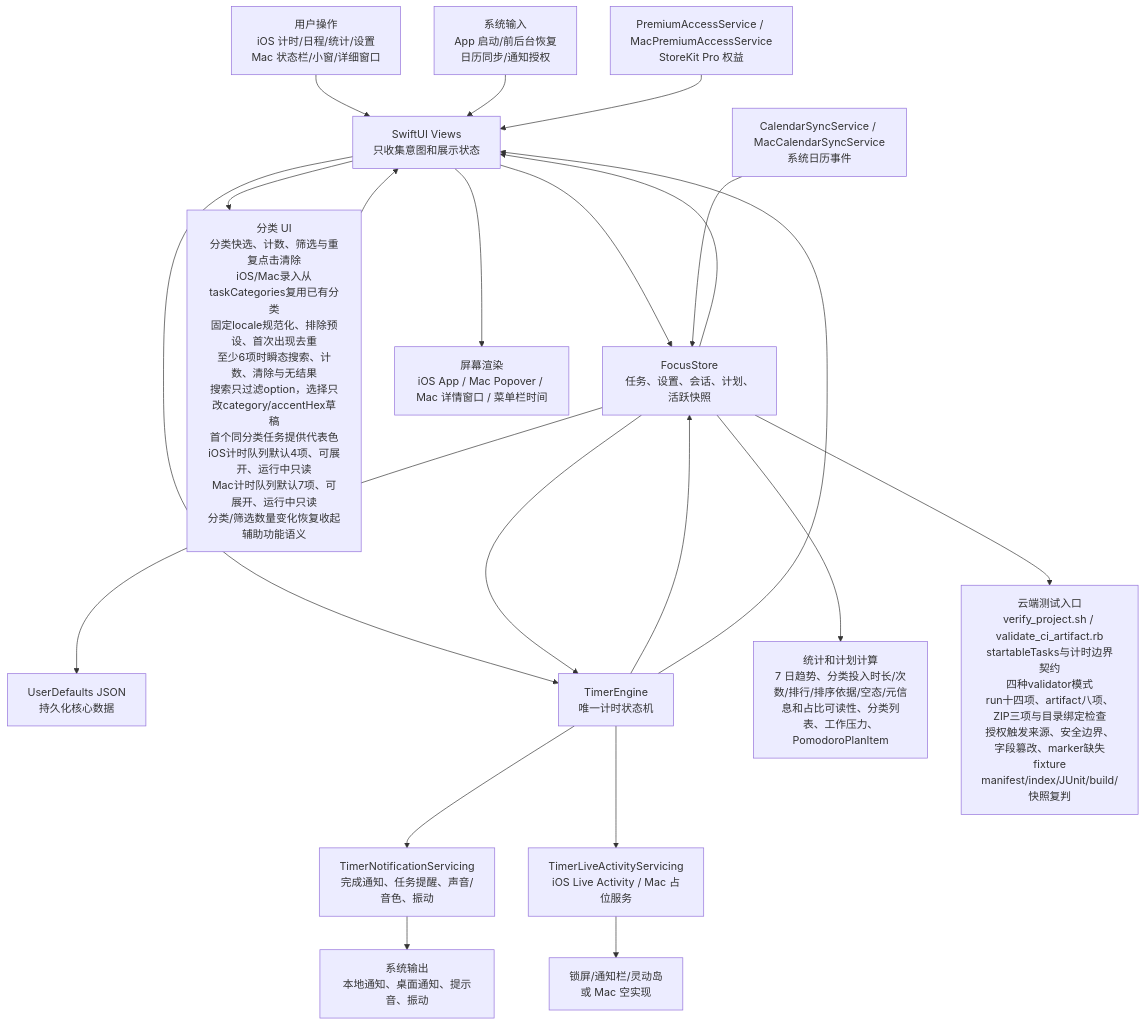
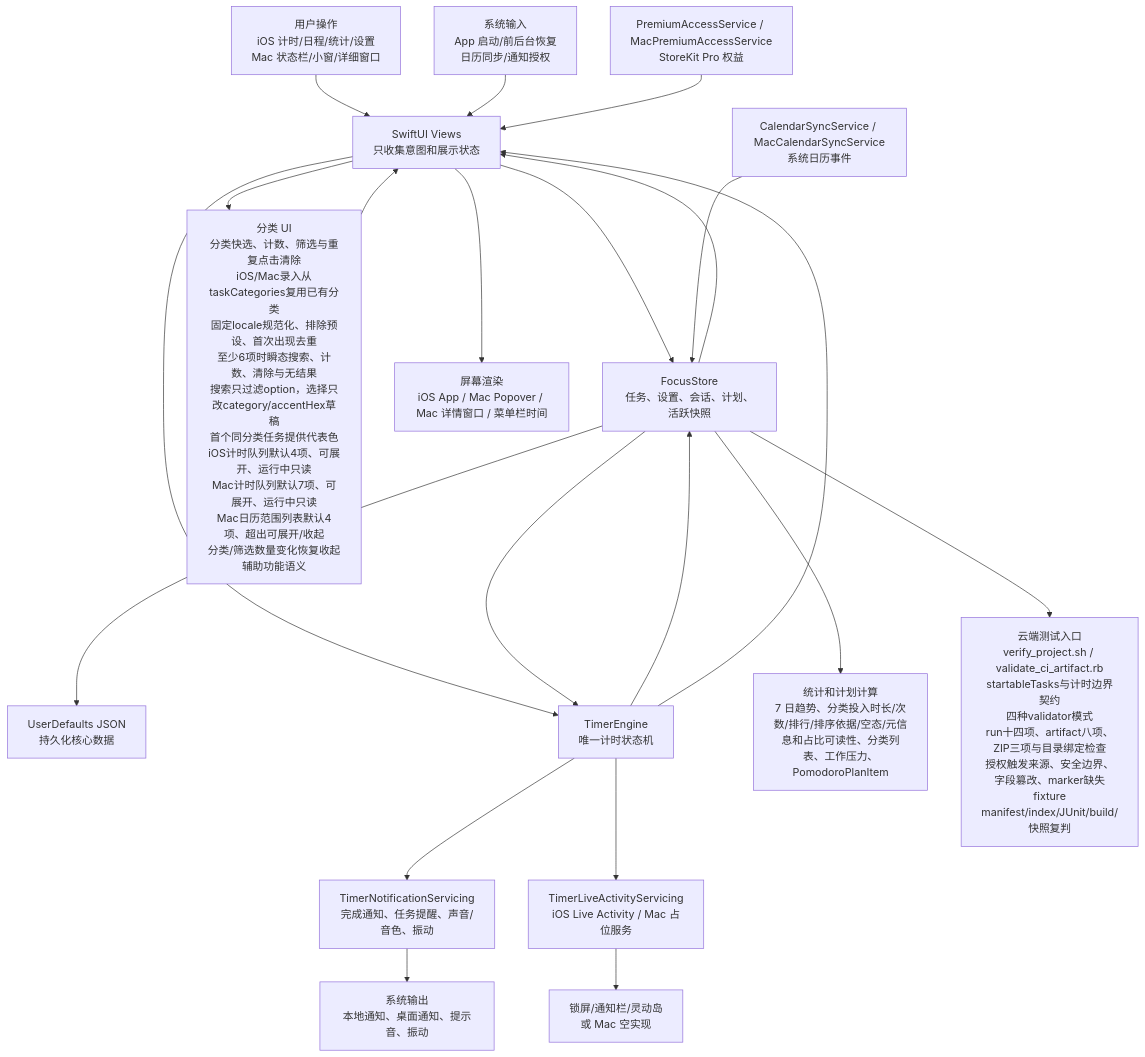
The first of 6 diagrams in md/flow/flowchart.md (Altman-sam114/114), drawn with Mermaid before and after one commit. The commit also changed other lines of this file and 8 other files, not shown here.

````diff
--- a/md/flow/flowchart.md
+++ b/md/flow/flowchart.md
@@ -9,23 +9,23 @@
 ```mermaid
 flowchart TD
   U["用户操作<br/>iOS 计时/日程/统计/设置<br/>Mac 状态栏/小窗/详细窗口"] --> V["SwiftUI Views<br/>只收集意图和展示状态"]
   SYS["系统输入<br/>App 启动/前后台恢复<br/>日历同步/通知授权"] --> V
   V --> S["FocusStore<br/>任务、设置、会话、计划、活跃快照"]
-  V --> CAT["分类 UI<br/>分类快选、计数、筛选与重复点击清除<br/>iOS/Mac录入从taskCategories复用已有分类<br/>固定locale规范化、排除预设、首次出现去重<br/>至少6项时瞬态搜索、计数、清除与无结果<br/>搜索只过滤option，选择只改category/accentHex草稿<br/>首个同分类任务提供代表色<br/>iOS计时队列默认4项、可展开、运行中只读<br/>Mac计时队列默认7项、可展开、运行中只读<br/>分类/筛选数量变化恢复收起<br/>辅助功能语义"]
+  V --> CAT["分类 UI<br/>分类快选、计数、筛选与重复点击清除<br/>iOS/Mac录入从taskCategories复用已有分类<br/>固定locale规范化、排除预设、首次出现去重<br/>至少6项时瞬态搜索、计数、清除与无结果<br/>搜索只过滤option，选择只改category/accentHex草稿<br/>首个同分类任务提供代表色<br/>iOS计时队列默认4项、可展开、运行中只读<br/>Mac计时队列默认7项、可展开、运行中只读<br/>Mac日历范围列表默认4项、超出可展开/收起<br/>分类/筛选数量变化恢复收起<br/>辅助功能语义"]
   CAT --> V
   S --> P["UserDefaults JSON<br/>持久化核心数据"]
   V --> E["TimerEngine<br/>唯一计时状态机"]
   S --> E
   E --> S
   E --> N["TimerNotificationServicing<br/>完成通知、任务提醒、声音/音色、振动"]
   E --> L["TimerLiveActivityServicing<br/>iOS Live Activity / Mac 占位服务"]
   S --> C["统计和计划计算<br/>7 日趋势、分类投入时长/次数/排行/排序依据/空态/元信息和占比可读性、分类列表、工作压力、PomodoroPlanItem"]
   CAL["CalendarSyncService / MacCalendarSyncService<br/>系统日历事件"] --> S
   PRO["PremiumAccessService / MacPremiumAccessService<br/>StoreKit Pro 权益"] --> V
   S --> V
   E --> V
   V --> OUT["屏幕渲染<br/>iOS App / Mac Popover / Mac 详情窗口 / 菜单栏时间"]
   N --> OUT2["系统输出<br/>本地通知、桌面通知、提示音、振动"]
   L --> OUT3["锁屏/通知栏/灵动岛<br/>或 Mac 空实现"]
   S --> T["云端测试入口<br/>verify_project.sh / validate_ci_artifact.rb<br/>startableTasks与计时边界契约<br/>四种validator模式<br/>run十四项、artifact八项、ZIP三项与目录绑定检查<br/>授权触发来源、安全边界、字段篡改、marker缺失fixture<br/>manifest/index/JUnit/build/快照复判"]
 ```
````
